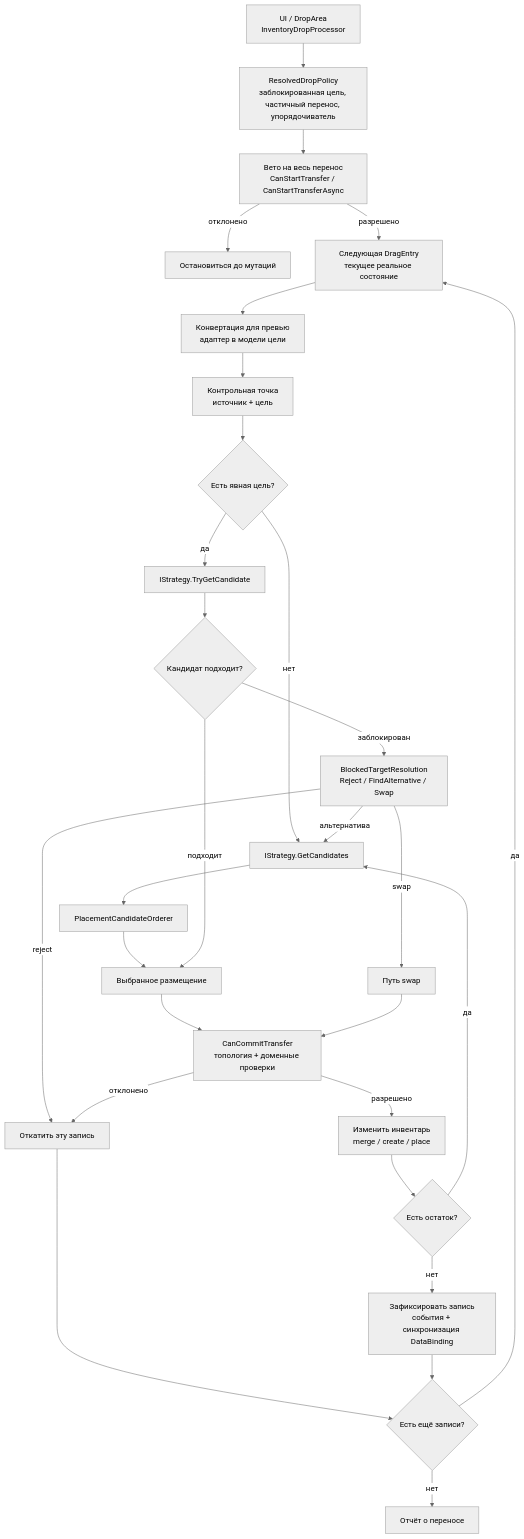
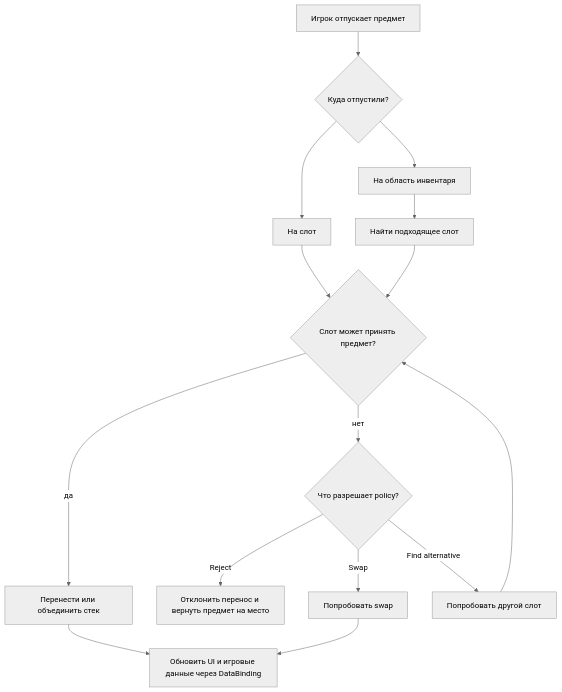
One commit to SergeevSergey99/DragAndDropSystem-Docs changed the first of 2 diagrams in .docs/content/architecture/transfer-pipeline.ru.md. Above: the diagram before and after it, drawn with Mermaid (neutral theme). The commit also changed other lines of this file and 9 other files, not shown here.

````diff
--- a/.docs/content/architecture/transfer-pipeline.ru.md
+++ b/.docs/content/architecture/transfer-pipeline.ru.md
@@ -19,31 +12,17 @@
 ```mermaid
 flowchart TD
-    UI["UI / DropArea<br/>InventoryDropProcessor"] --> POLICY["ResolvedDropPolicy<br/>заблокированная цель, частичный перенос, упорядочиватель"]
-    POLICY --> START["Вето на весь перенос<br/>CanStartTransfer / CanStartTransferAsync"]
-    START -->|отклонено| STOP["Остановиться до мутаций"]
-    START -->|разрешено| ENTRY["Следующая DragEntry<br/>текущее реальное состояние"]
-    ENTRY --> CONVERT["Конвертация для превью<br/>адаптер в модели цели"]
-    CONVERT --> CHECKPOINT["Контрольная точка<br/>источник + цель"]
-    CHECKPOINT --> TARGET{"Есть явная цель?"}
-    TARGET -->|да| TRY["IStrategy.TryGetCandidate"]
-    TARGET -->|нет| ENUM["IStrategy.GetCandidates"]
-    TRY --> CANDIDATE{"Кандидат подходит?"}
-    CANDIDATE -->|заблокирован| BLOCKED["BlockedTargetResolution<br/>Reject / FindAlternative / Swap"]
-    BLOCKED -->|альтернатива| ENUM
-    BLOCKED -->|swap| SWAP["Путь swap"]
-    BLOCKED -->|reject| ROLLBACK["Откатить эту запись"]
-    ENUM --> ORDER["PlacementCandidateOrderer"]
-    ORDER --> PLACE["Выбранное размещение"]
-    CANDIDATE -->|подходит| PLACE
-    PLACE --> COMMITCHECK["CanCommitTransfer<br/>топология + доменные проверки"]
-    COMMITCHECK -->|отклонено| ROLLBACK
-    COMMITCHECK -->|разрешено| MUTATE["Изменить инвентарь<br/>merge / create / place"]
-    SWAP --> COMMITCHECK
-    MUTATE --> REMAINDER{"Есть остаток?"}
-    REMAINDER -->|да| ENUM
-    REMAINDER -->|нет| COMMIT["Зафиксировать запись<br/>события + синхронизация DataBinding"]
-    ROLLBACK --> NEXT{"Есть ещё записи?"}
-    COMMIT --> NEXT
-    NEXT -->|да| ENTRY
-    NEXT -->|нет| REPORT["Отчёт о переносе"]
+    DROP["Игрок отпускает предмет"] --> TARGET{"Куда отпустили?"}
+    TARGET --> SLOT["На слот"]
+    TARGET --> AREA["На область инвентаря"]
+    SLOT --> CHECK{"Слот может принять предмет?"}
+    AREA --> AUTO["Найти подходящее слот"]
+    AUTO --> CHECK
+    CHECK -->|да| MOVE["Перенести или объединить стек"]
+    CHECK -->|нет| POLICY{"Что разрешает policy?"}
+    POLICY -->|Reject| REJECT["Отклонить перенос и вернуть предмет на место"]
+    POLICY -->|Swap| SWAP["Попробовать swap"]
+    POLICY -->|Find alternative| ALTERNATIVE["Попробовать другой слот"]
+    ALTERNATIVE --> CHECK
+    MOVE --> SYNC["Обновить UI и игровые данные через DataBinding"]
+    SWAP --> SYNC
 ```
````
